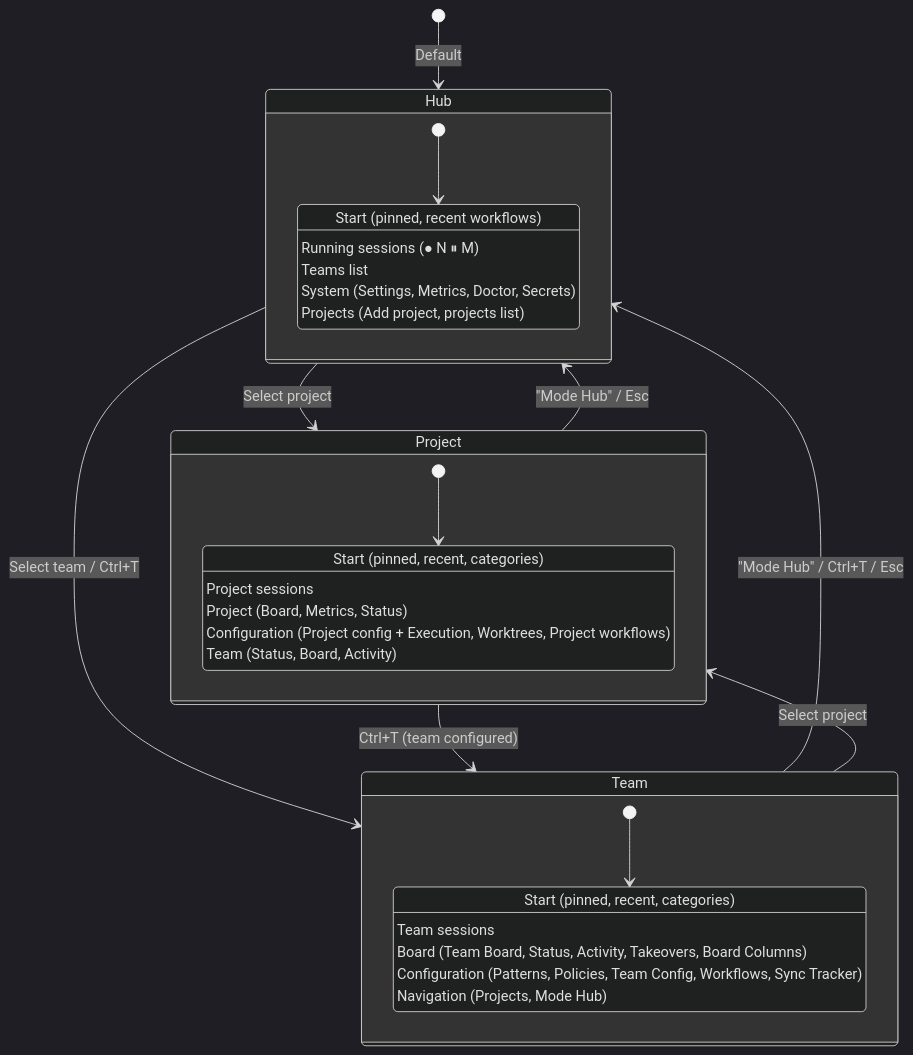
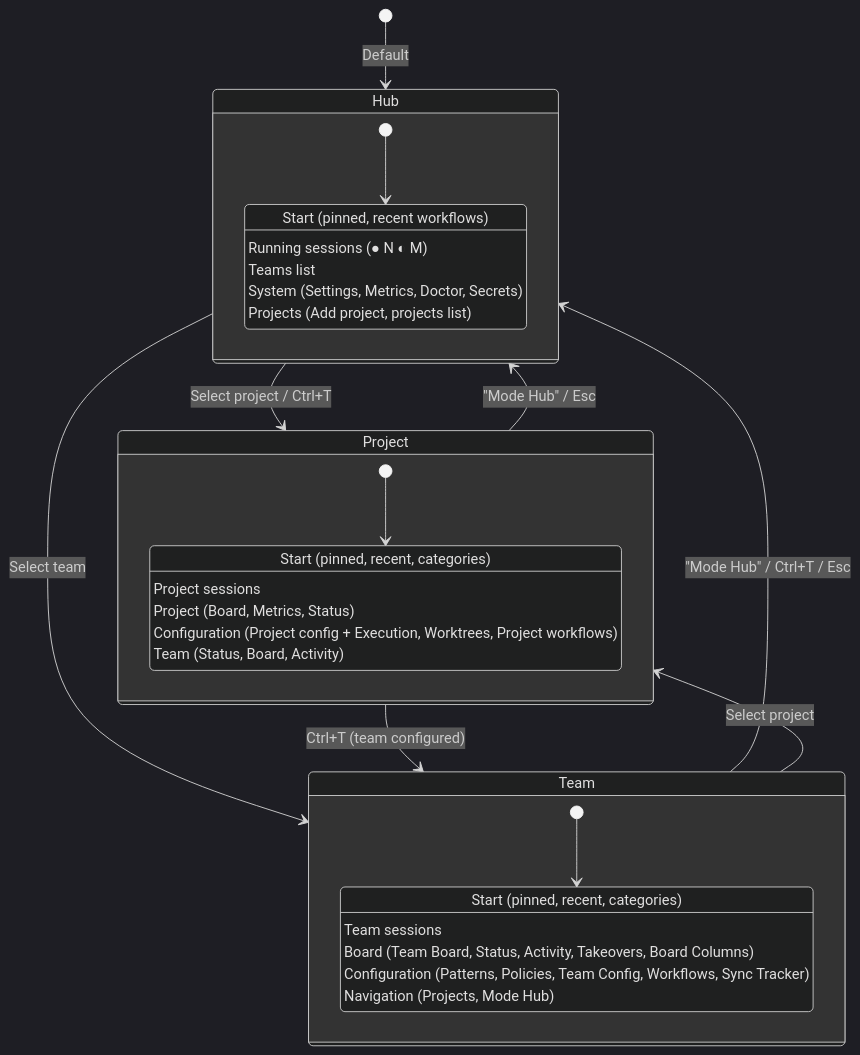
One commit to datichb/openhub changed the diagram in docs/diagrams/tui-navigation-modes.mermaid. Above: the diagram before and after it, drawn with Mermaid (dark theme). The commit also changed 3 other files, not shown here.

Commit message:
docs: documentation index lists the bricks reference and every diagram, TUI navigation diagram follows Ctrl+T, stack page counts 180 skills (v5.1)

```diff
--- a/docs/diagrams/tui-navigation-modes.mermaid
+++ b/docs/diagrams/tui-navigation-modes.mermaid
@@ -1,41 +1,42 @@
-%% OpenHub -- TUI navigation modes (v5)
+%% OpenHub -- TUI navigation modes (v5.1)
 %% Hub, project and team modes and their home sections.
+%% Ctrl+T cycles Hub -> Project -> Team -> Hub, skipping what is not configured.
 
 stateDiagram-v2
     [*] --> Hub : Default
 
-    Hub --> Project : Select project
-    Hub --> Team : Select team / Ctrl+T
+    Hub --> Project : Select project / Ctrl+T
+    Hub --> Team : Select team
 
     Project --> Hub : "Mode Hub" / Esc
     Project --> Team : Ctrl+T (team configured)
 
     Team --> Hub : "Mode Hub" / Ctrl+T / Esc
     Team --> Project : Select project
 
     state Hub {
         [*] --> HubHome
         HubHome : Start (pinned, recent workflows)
-        HubHome : Running sessions (● N ⏸ M)
+        HubHome : Running sessions (● N ◐ M)
         HubHome : Teams list
         HubHome : System (Settings, Metrics, Doctor, Secrets)
         HubHome : Projects (Add project, projects list)
     }
 
     state Project {
         [*] --> ProjectHome
         ProjectHome : Start (pinned, recent, categories)
         ProjectHome : Project sessions
         ProjectHome : Project (Board, Metrics, Status)
         ProjectHome : Configuration (Project config + Execution, Worktrees, Project workflows)
         ProjectHome : Team (Status, Board, Activity)
     }
 
     state Team {
         [*] --> TeamHome
         TeamHome : Start (pinned, recent, categories)
         TeamHome : Team sessions
         TeamHome : Board (Team Board, Status, Activity, Takeovers, Board Columns)
         TeamHome : Configuration (Patterns, Policies, Team Config, Workflows, Sync Tracker)
         TeamHome : Navigation (Projects, Mode Hub)
     }
```
